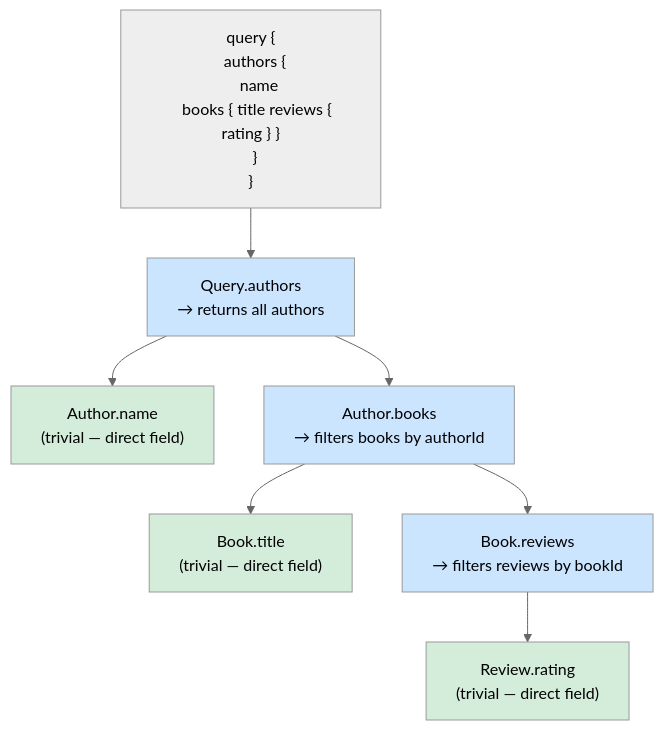
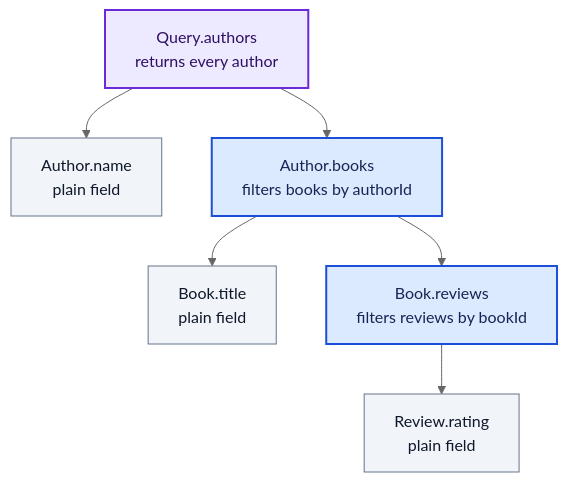
Before and after one commit to vaisakh-vn/api-comparison: the sixth of 13 diagrams in README.md, drawn with Mermaid (neutral theme). The commit also changed other lines of this file, not shown here.

First line of the commit message:
Fix README diagram colors and correct gRPC comparison

````diff
--- a/README.md
+++ b/README.md
@@ -253,21 +253,17 @@
 ```mermaid
 flowchart TD
-    Q["query {<br/>  authors {<br/>    name<br/>    books { title reviews { rating } }<br/>  }<br/>}"]
+    A["Query.authors<br/>returns every author"]
+    A --> AN["Author.name<br/>plain field"]
+    A --> AB["Author.books<br/>filters books by authorId"]
+    AB --> BT["Book.title<br/>plain field"]
+    AB --> BR["Book.reviews<br/>filters reviews by bookId"]
+    BR --> RR["Review.rating<br/>plain field"]
 
-    Q --> QR["Query.authors\n→ returns all authors"]
+    classDef root  fill:#ede9fe,stroke:#6d28d9,stroke-width:2px,color:#2e1065
+    classDef logic fill:#dbeafe,stroke:#1d4ed8,stroke-width:2px,color:#172554
+    classDef plain fill:#f1f5f9,stroke:#64748b,stroke-width:1px,color:#0f172a
 
-    QR --> AN["Author.name\n(trivial — direct field)"]
-    QR --> BR["Author.books\n→ filters books by authorId"]
-
-    BR --> BT["Book.title\n(trivial — direct field)"]
-    BR --> RR["Book.reviews\n→ filters reviews by bookId"]
-
-    RR --> RT["Review.rating\n(trivial — direct field)"]
-
-    style AN fill:#d4edda
-    style BT fill:#d4edda
-    style RT fill:#d4edda
-    style QR fill:#cce5ff
-    style BR fill:#cce5ff
-    style RR fill:#cce5ff
+    class A root
+    class AB,BR logic
+    class AN,BT,RR plain
 ```
````
